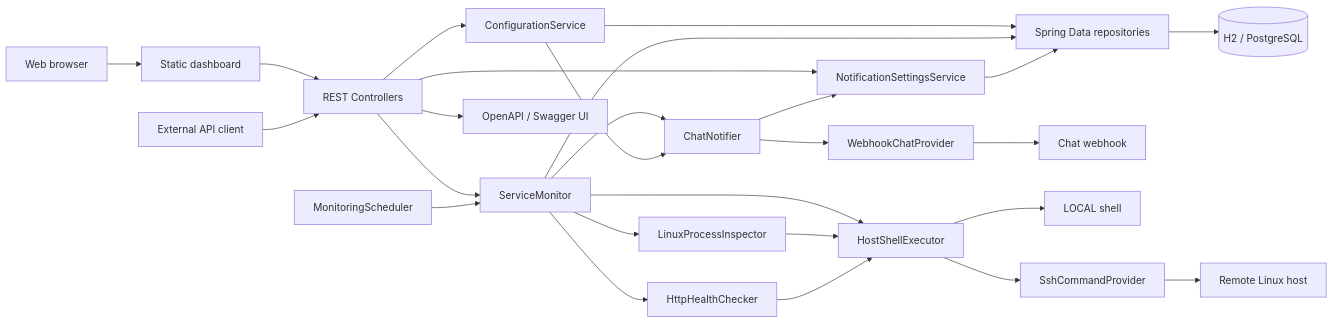
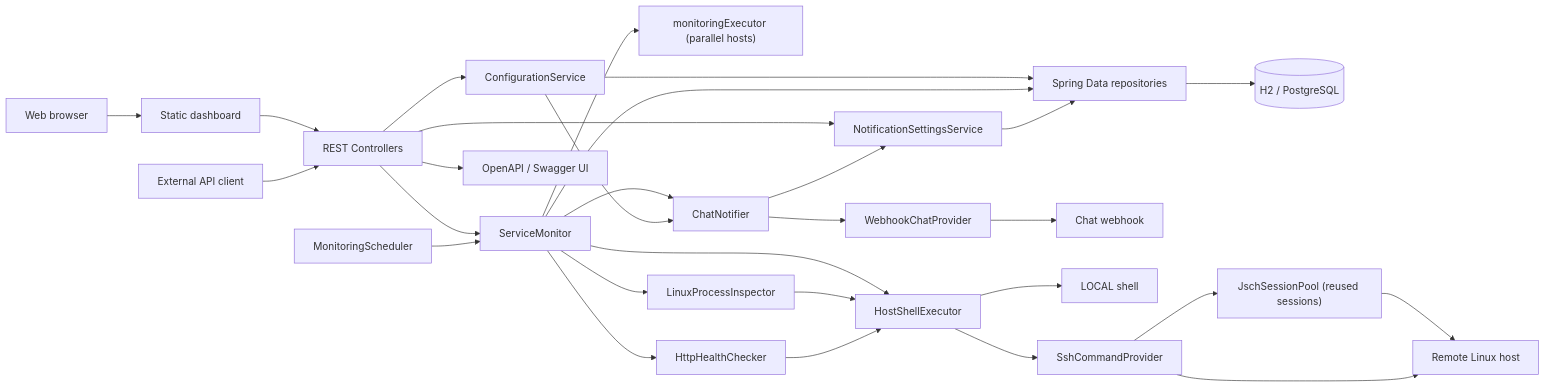
One commit to Keos99/host-guardian changed the first of 5 diagrams in ARCHITECTURE_DESCRIPTION_RU.md. Above: the diagram before and after it, drawn with Mermaid. The commit also changed other lines of this file and 17 other files, not shown here.

Commit message:
- regactor ssh conection - refactor monitor logic

````diff
--- a/ARCHITECTURE_DESCRIPTION_RU.md
+++ b/ARCHITECTURE_DESCRIPTION_RU.md
@@ -140,34 +140,37 @@
 ```mermaid
 flowchart LR
     Browser["Web browser"] --> StaticUI["Static dashboard"]
     StaticUI --> Api["REST Controllers"]
     ApiClient["External API client"] --> Api
 
     Api --> Config["ConfigurationService"]
     Api --> Monitor["ServiceMonitor"]
     Api --> NotifSettings["NotificationSettingsService"]
     Scheduler["MonitoringScheduler"] --> Monitor
 
     Config --> Repos["Spring Data repositories"]
     Monitor --> Repos
     NotifSettings --> Repos
     Repos --> Db[("H2 / PostgreSQL")]
 
+    Monitor --> Executor["monitoringExecutor (parallel hosts)"]
     Monitor --> Process["LinuxProcessInspector"]
     Monitor --> Health["HttpHealthChecker"]
     Monitor --> Shell["HostShellExecutor"]
 
     Monitor --> Notifier["ChatNotifier"]
     Config --> Notifier
     Notifier --> NotifSettings
     Notifier --> ChatProv["WebhookChatProvider"]
     ChatProv --> Chat["Chat webhook"]
 
     Process --> Shell
     Health --> Shell
     Shell --> Local["LOCAL shell"]
     Shell --> SshProvider["SshCommandProvider"]
-    SshProvider --> Remote["Remote Linux host"]
+    SshProvider --> Pool["JschSessionPool (reused sessions)"]
+    Pool --> Remote["Remote Linux host"]
+    SshProvider --> Remote
 
     Api --> OpenApi["OpenAPI / Swagger UI"]
 ```
````
